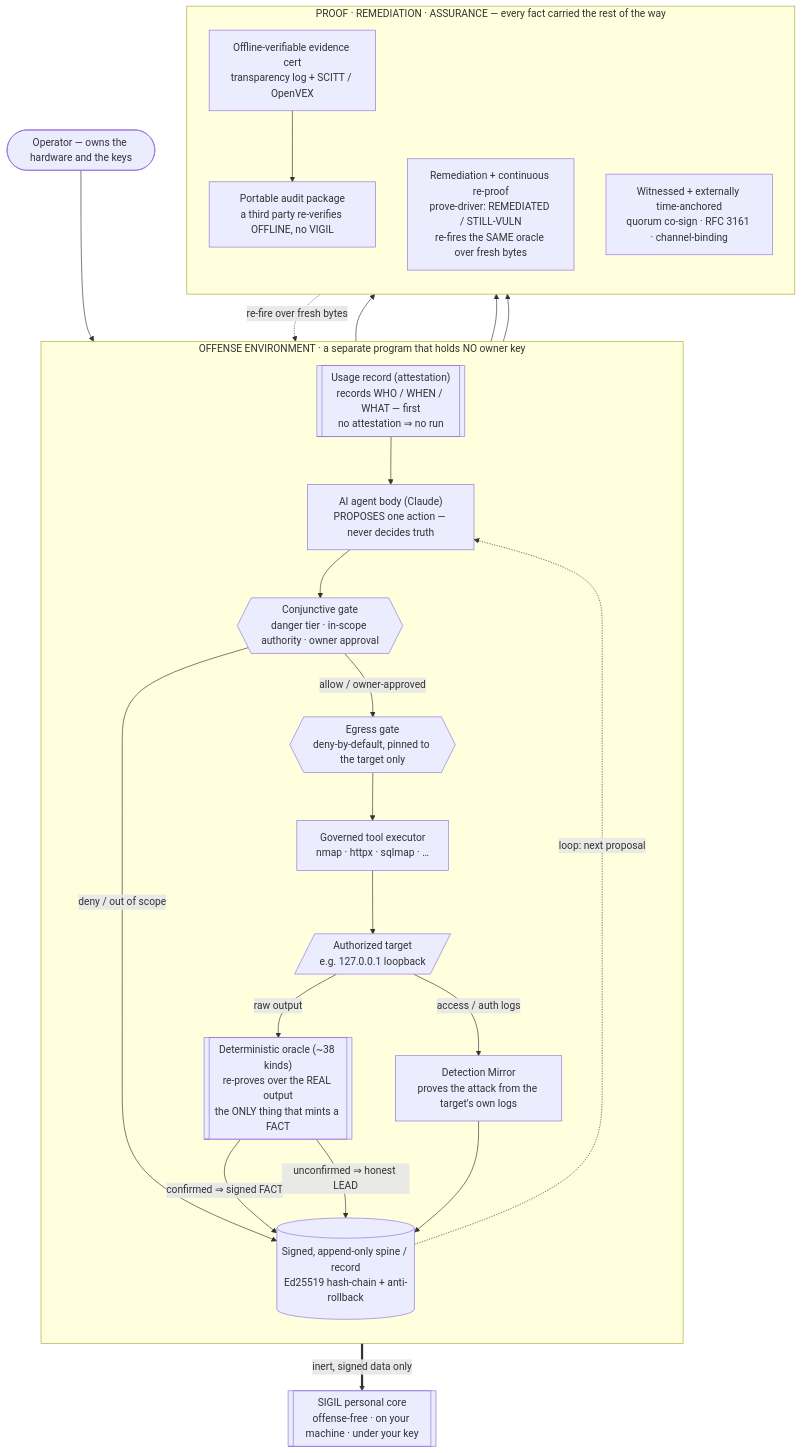
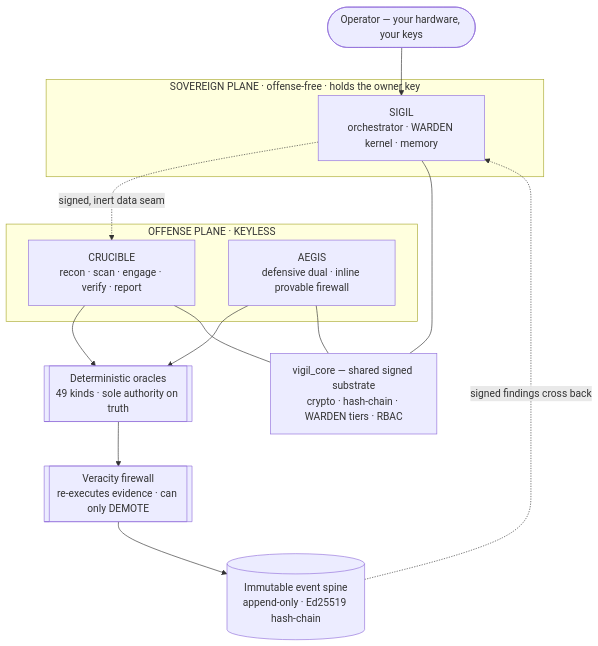
The first of 4 diagrams in README.md (thuram-nana/vigil-sovereign), drawn with Mermaid before and after one commit. The commit also changed other lines of this file, not shown here.

````diff
--- a/README.md
+++ b/README.md
@@ -192,41 +77,28 @@
 ```mermaid
 flowchart TB
-    OP(["Operator — owns the hardware and the keys"])
+    OP(["Operator — your hardware, your keys"])
 
-    subgraph OFFENSE["OFFENSE ENVIRONMENT · a separate program that holds NO owner key"]
-      direction TB
-      ATTEST[["Usage record (attestation)<br/>records WHO / WHEN / WHAT — first<br/>no attestation ⇒ no run"]]
-      THINK["AI agent body (Claude)<br/>PROPOSES one action — never decides truth"]
-      GATE{{"Conjunctive gate<br/>danger tier · in-scope authority · owner approval"}}
-      EGRESS{{"Egress gate<br/>deny-by-default, pinned to the target only"}}
-      EXEC["Governed tool executor<br/>nmap · httpx · sqlmap · …"]
-      TARGET[/"Authorized target<br/>e.g. 127.0.0.1 loopback"/]
-      ORACLE[["Deterministic oracle (~38 kinds)<br/>re-proves over the REAL output<br/>the ONLY thing that mints a FACT"]]
-      DET["Detection Mirror<br/>proves the attack from the target's own logs"]
-      SPINE[("Signed, append-only spine / record<br/>Ed25519 hash-chain + anti-rollback")]
+    subgraph SOV["SOVEREIGN PLANE · offense-free · holds the owner key"]
+      SIGIL["SIGIL<br/>orchestrator · WARDEN kernel · memory"]
     end
 
-    subgraph PROOF["PROOF · REMEDIATION · ASSURANCE — every fact carried the rest of the way"]
-      direction TB
-      EVID["Offline-verifiable evidence cert<br/>transparency log + SCITT / OpenVEX"]
-      REMED["Remediation + continuous re-proof<br/>prove-driver: REMEDIATED / STILL-VULN<br/>re-fires the SAME oracle over fresh bytes"]
-      ASSURE["Witnessed + externally time-anchored<br/>quorum co-sign · RFC 3161 · channel-binding"]
-      AUDIT["Portable audit package<br/>a third party re-verifies OFFLINE, no VIGIL"]
+    subgraph OFF["OFFENSE PLANE · KEYLESS"]
+      CRU["CRUCIBLE<br/>recon · scan · engage · verify · report"]
+      AEG["AEGIS<br/>defensive dual · inline provable firewall"]
     end
 
-    SIGIL[["SIGIL personal core<br/>offense-free · on your machine · under your key"]]
+    ORACLE[["Deterministic oracles<br/>49 kinds · sole authority on truth"]]
+    FW[["Veracity firewall<br/>re-executes evidence · can only DEMOTE"]]
+    SPINE[("Immutable event spine<br/>append-only · Ed25519 hash-chain")]
+    CORE["vigil_core — shared signed substrate<br/>crypto · hash-chain · WARDEN tiers · RBAC"]
 
-    OP --> ATTEST --> THINK --> GATE
-    GATE -- "allow / owner-approved" --> EGRESS --> EXEC --> TARGET
-    GATE -- "deny / out of scope" --> SPINE
-    TARGET -- "raw output" --> ORACLE
-    ORACLE -- "confirmed ⇒ signed FACT" --> SPINE
-    ORACLE -- "unconfirmed ⇒ honest LEAD" --> SPINE
-    TARGET -- "access / auth logs" --> DET --> SPINE
-    SPINE -. "loop: next proposal" .-> THINK
-    SPINE --> EVID --> AUDIT
-    SPINE --> REMED
-    REMED -. "re-fire over fresh bytes" .-> ORACLE
-    SPINE --> ASSURE
-    SPINE == "inert, signed data only" ==> SIGIL
+    OP --> SIGIL
+    SIGIL -. "signed, inert data seam" .-> CRU
+    CRU --> ORACLE
+    AEG --> ORACLE
+    ORACLE --> FW --> SPINE
+    SPINE -. "signed findings cross back" .-> SIGIL
+    SIGIL --- CORE
+    CRU --- CORE
+    AEG --- CORE
 ```
````
